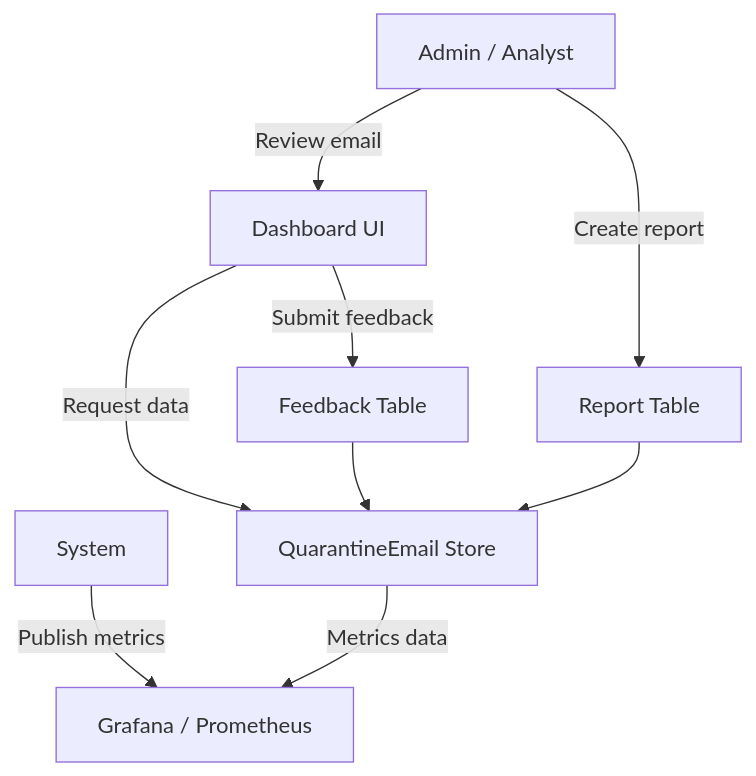
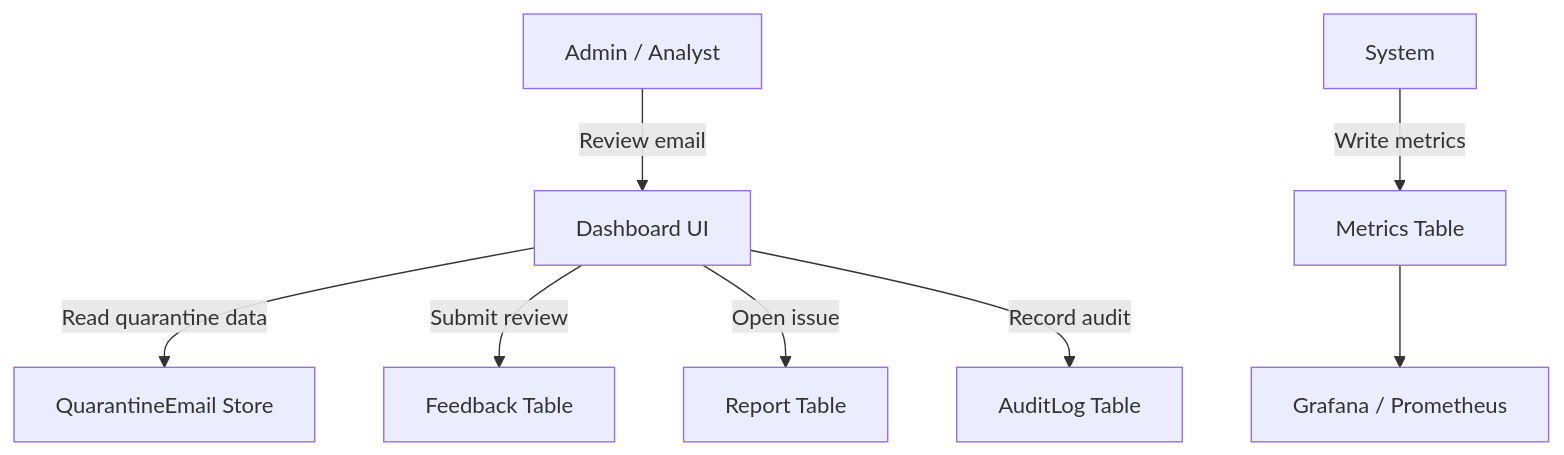
The fifth of 5 diagrams in DATABASE_AND_PROCESS_FLOWS.md (wi5nuu/ML-Powered-Anti-Phishing-and-Spam-Filtering), drawn with Mermaid before and after one commit. The commit also changed other lines of this file, not shown here.

Commit message:
Refine database/process flow documentation and complete ERD/DFD details

````diff
--- a/DATABASE_AND_PROCESS_FLOWS.md
+++ b/DATABASE_AND_PROCESS_FLOWS.md
@@ -213,11 +249,10 @@
 ```mermaid
 flowchart TD
-    User[Admin / Analyst] -->|Review email| Dashboard[Dashboard UI]
-    Dashboard -->|Request data| DB[QuarantineEmail Store]
-    Dashboard -->|Submit feedback| Feedback[Feedback Table]
-    Feedback --> DB
-    User -->|Create report| Report[Report Table]
-    Report --> DB
-    System -->|Publish metrics| Monitoring[Grafana / Prometheus]
-    DB -->|Metrics data| Monitoring
+    Admin[Admin / Analyst] -->|Review email| Dashboard[Dashboard UI]
+    Dashboard -->|Read quarantine data| DB[QuarantineEmail Store]
+    Dashboard -->|Submit review| Feedback[Feedback Table]
+    Dashboard -->|Open issue| Report[Report Table]
+    Dashboard -->|Record audit| AuditLog[AuditLog Table]
+    System -->|Write metrics| PipelineMetrics[Metrics Table]
+    PipelineMetrics --> Monitoring[Grafana / Prometheus]
 ```
````
